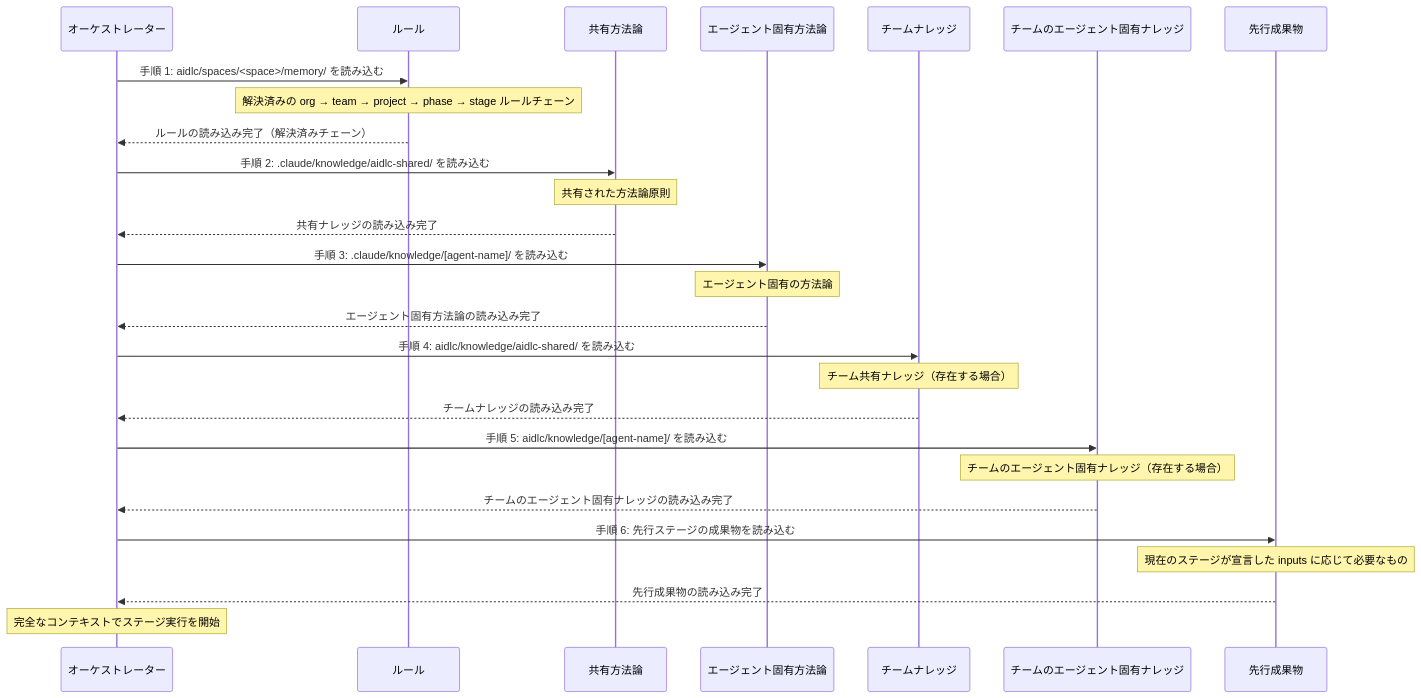
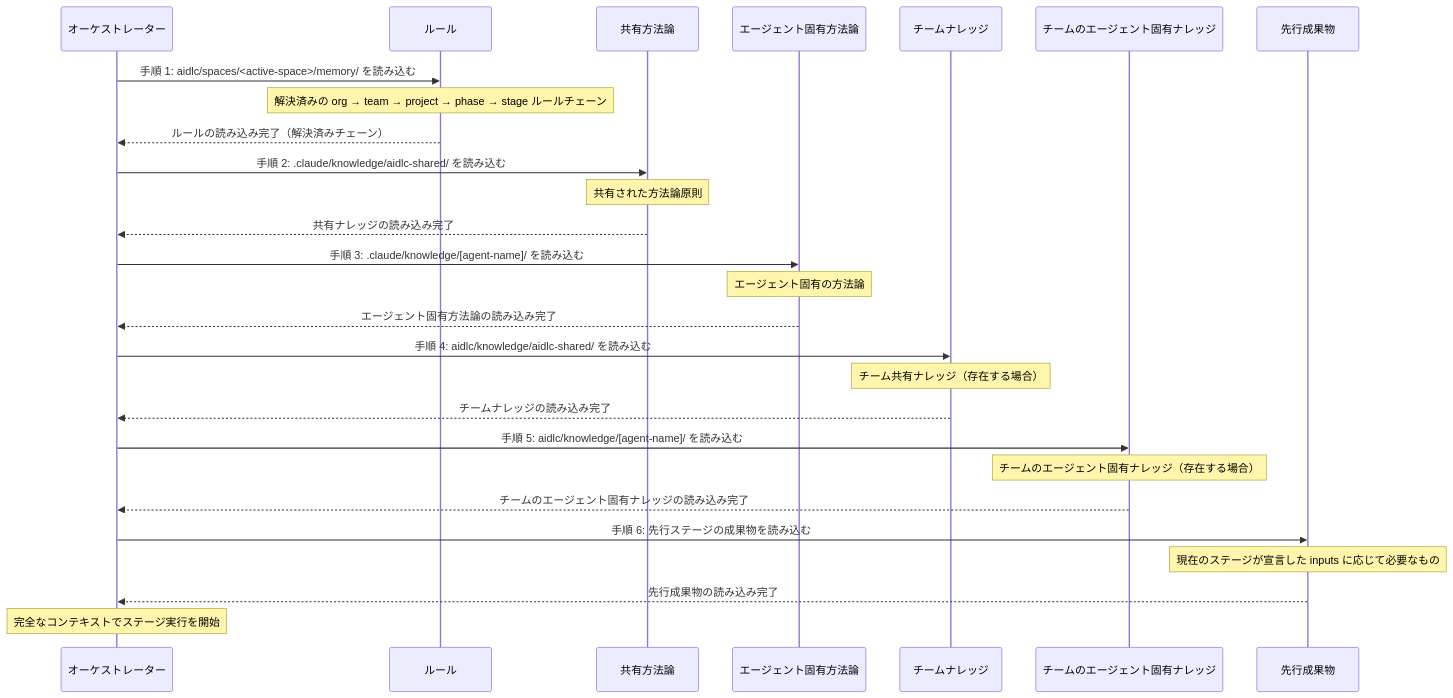
The second of 2 diagrams in docs/guide/08-knowledge.mdx (otomatty/aidlc-workflows-docs), drawn with Mermaid before and after one commit. The commit also changed other lines of this file and 71 other files, not shown here.

````diff
--- a/docs/guide/08-knowledge.mdx
+++ b/docs/guide/08-knowledge.mdx
@@ -299,36 +299,36 @@
 ```mermaid
 sequenceDiagram
     participant O as オーケストレーター
     participant G as ルール
     participant SM as 共有方法論
     participant AM as エージェント固有方法論
     participant TK as チームナレッジ
     participant TAK as チームのエージェント固有ナレッジ
     participant PA as 先行成果物
 
-    O->>G: 手順 1: aidlc/spaces/<space>/memory/ を読み込む
+    O->>G: 手順 1: aidlc/spaces/<active-space>/memory/ を読み込む
     Note over G: 解決済みの org → team → project → phase → stage ルールチェーン
     G-->>O: ルールの読み込み完了（解決済みチェーン）
 
     O->>SM: 手順 2: .claude/knowledge/aidlc-shared/ を読み込む
     Note over SM: 共有された方法論原則
     SM-->>O: 共有ナレッジの読み込み完了
 
     O->>AM: 手順 3: .claude/knowledge/[agent-name]/ を読み込む
     Note over AM: エージェント固有の方法論
     AM-->>O: エージェント固有方法論の読み込み完了
 
     O->>TK: 手順 4: aidlc/knowledge/aidlc-shared/ を読み込む
     Note over TK: チーム共有ナレッジ（存在する場合）
     TK-->>O: チームナレッジの読み込み完了
 
     O->>TAK: 手順 5: aidlc/knowledge/[agent-name]/ を読み込む
     Note over TAK: チームのエージェント固有ナレッジ（存在する場合）
     TAK-->>O: チームのエージェント固有ナレッジの読み込み完了
 
     O->>PA: 手順 6: 先行ステージの成果物を読み込む
     Note over PA: 現在のステージが宣言した inputs に応じて必要なもの
     PA-->>O: 先行成果物の読み込み完了
 
     Note over O: 完全なコンテキストでステージ実行を開始
 ```
````
